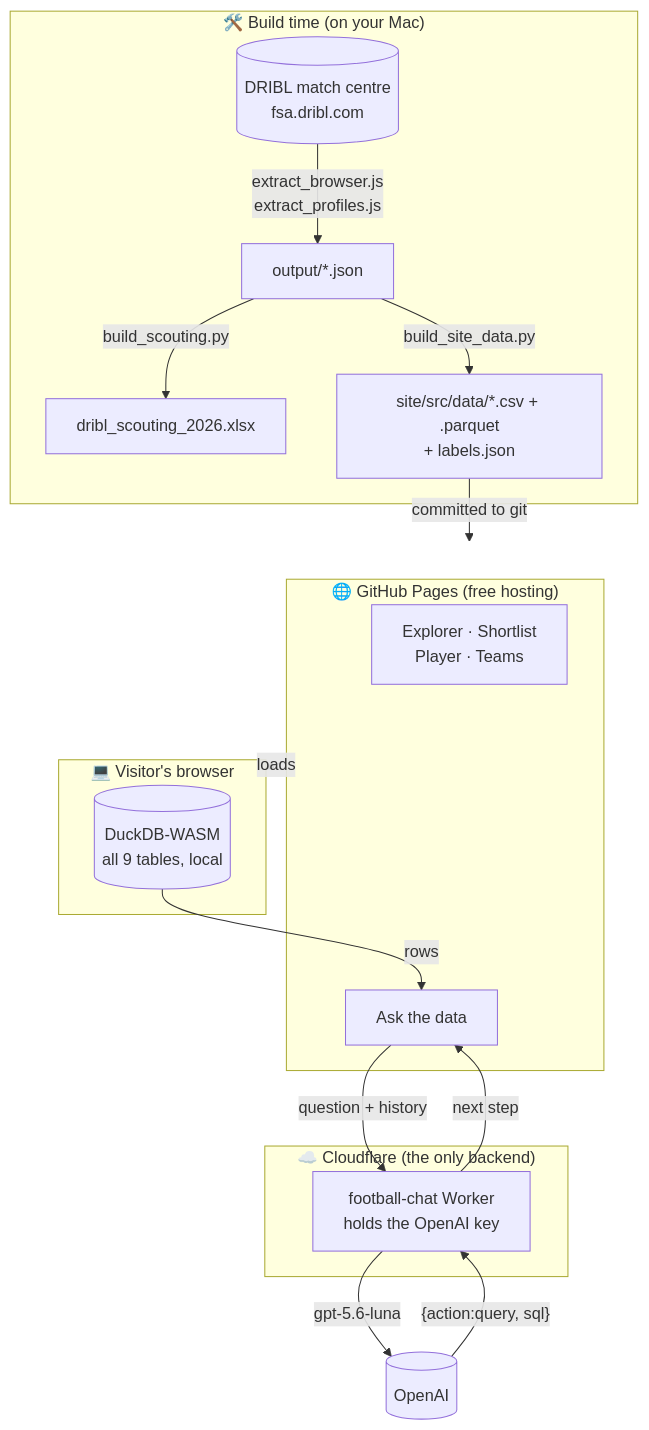
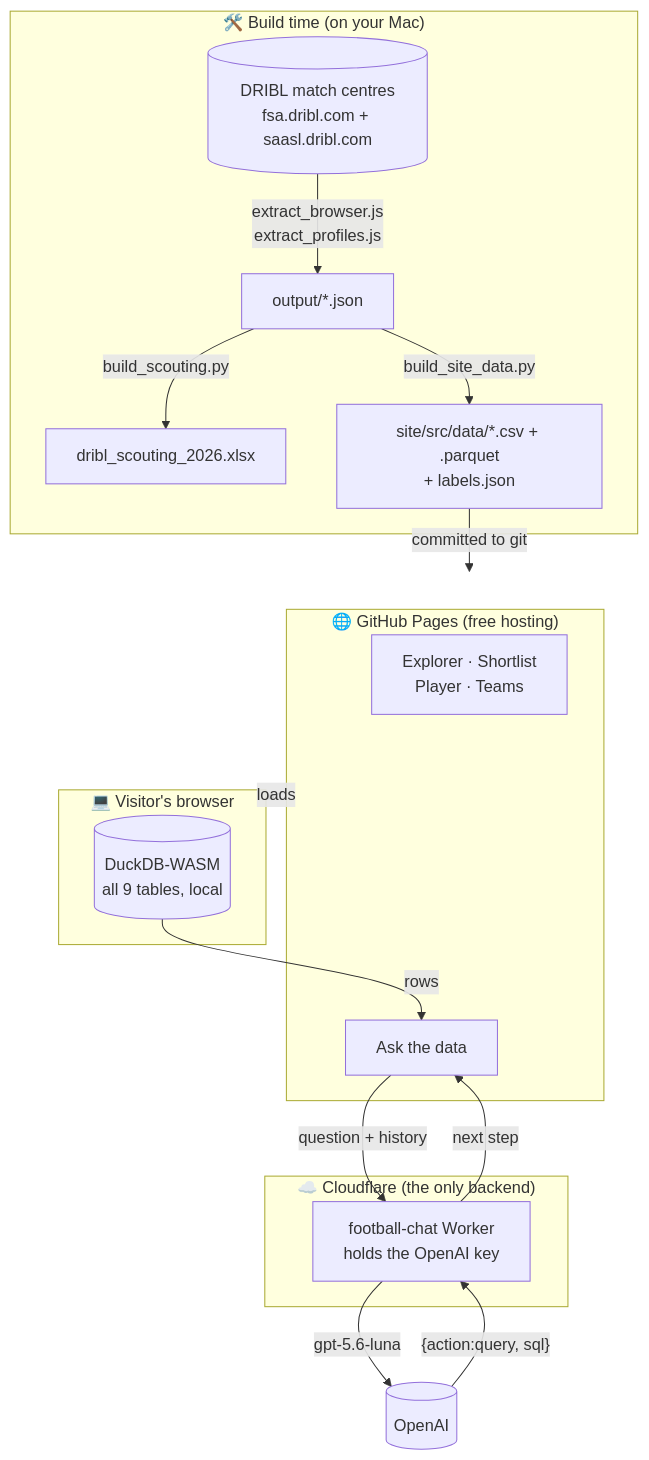
One commit to Satpat/football-scouting changed the first of 2 diagrams in ARCHITECTURE.md. Above: the diagram before and after it, drawn with Mermaid. The commit also changed other lines of this file and 17 other files, not shown here.

````diff
--- a/ARCHITECTURE.md
+++ b/ARCHITECTURE.md
@@ -30,29 +33,29 @@
 ```mermaid
 flowchart TB
     subgraph build["🛠️ Build time (on your Mac)"]
-        dribl[("DRIBL match centre<br/>fsa.dribl.com")] -->|extract_browser.js<br/>extract_profiles.js| dumps[output/*.json]
+        dribl[("DRIBL match centres<br/>fsa.dribl.com + saasl.dribl.com")] -->|extract_browser.js<br/>extract_profiles.js| dumps[output/*.json]
         dumps -->|build_scouting.py| workbook[dribl_scouting_2026.xlsx]
         dumps -->|build_site_data.py| sitedata[site/src/data/*.csv + .parquet<br/>+ labels.json]
     end
 
     subgraph pages["🌐 GitHub Pages (free hosting)"]
         explorer["Explorer · Shortlist<br/>Player · Teams"]
         chat["Ask the data"]
     end
 
     subgraph browser["💻 Visitor's browser"]
         duck[("DuckDB-WASM<br/>all 9 tables, local")]
     end
 
     subgraph cloud["☁️ Cloudflare (the only backend)"]
         worker["football-chat Worker<br/>holds the OpenAI key"]
     end
 
     sitedata -->|committed to git| pages
     pages -->|loads| browser
     chat -->|"question + history"| worker
     worker -->|gpt-5.6-luna| openai[("OpenAI")]
     openai -->|"{action:query, sql}"| worker
     worker -->|next step| chat
     duck -->|rows| chat
 ```
````
